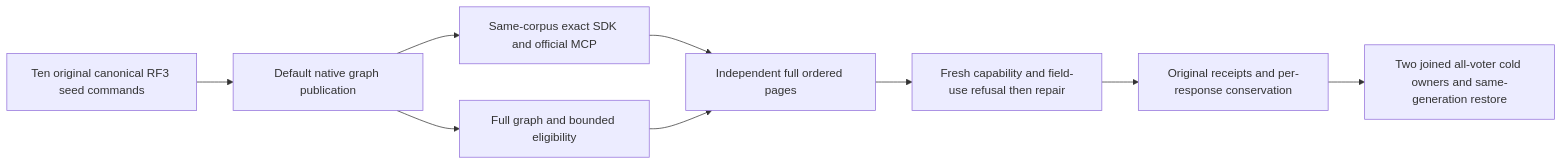
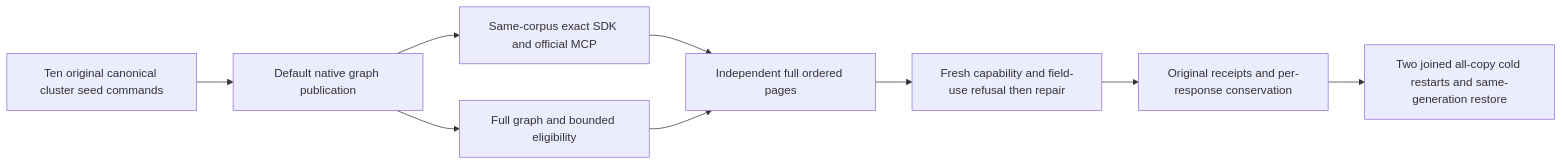
One commit to managedcode/KeyLoad changed the diagram in docs/Features/Search/AdaptiveFilteredPublicCohorts.md. Above: the diagram before and after it, drawn with Mermaid. The commit also changed other lines of this file and 7356 other files, not shown here.

````diff
--- a/docs/Features/Search/AdaptiveFilteredPublicCohorts.md
+++ b/docs/Features/Search/AdaptiveFilteredPublicCohorts.md
@@ -11,11 +11,11 @@
 ```mermaid
 flowchart LR
-    Seed[Ten original canonical RF3 seed commands] --> Native[Default native graph publication]
+    Seed[Ten original canonical cluster seed commands] --> Native[Default native graph publication]
     Native --> Exact[Same-corpus exact SDK and official MCP]
     Native --> Adaptive[Full graph and bounded eligibility]
     Exact --> Oracle[Independent full ordered pages]
     Adaptive --> Oracle
     Oracle --> Authority[Fresh capability and field-use refusal then repair]
     Authority --> Replay[Original receipts and per-response conservation]
-    Replay --> Cold[Two joined all-voter cold owners and same-generation restore]
+    Replay --> Cold[Two joined all-copy cold restarts and same-generation restore]
 ```
````
